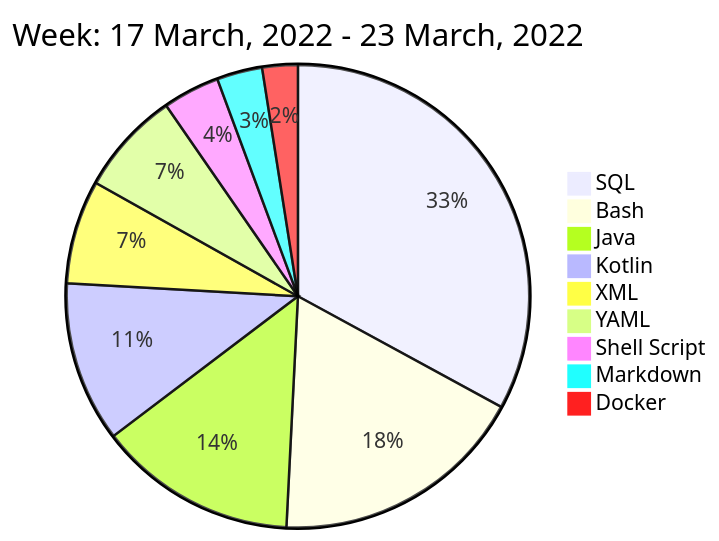
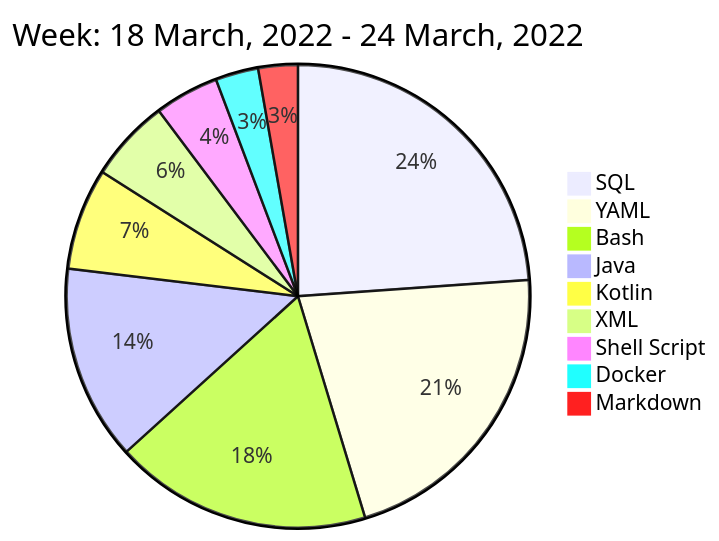
Before and after one commit to liubin95/liubin95: the diagram in README.md, drawn with Mermaid.

Commit message:
Updated the Graph with new Metrics

````diff
--- a/README.md
+++ b/README.md
@@ -40,13 +40,13 @@
 ```mermaid
  pie
-title Week: 17 March, 2022 - 23 March, 2022
- "SQL" : 3.32
- "Bash" : 1.8
- "Java" : 1.4
- "Kotlin" : 1.13
+title Week: 18 March, 2022 - 24 March, 2022
+ "SQL" : 3.03
+ "YAML" : 2.72
+ "Bash" : 2.28
+ "Java" : 1.73
+ "Kotlin" : 0.9
  "XML" : 0.73
- "YAML" : 0.73
- "Shell Script" : 0.4
- "Markdown" : 0.32
- "Docker" : 0.25
+ "Shell Script" : 0.57
+ "Docker" : 0.38
+ "Markdown" : 0.35
 ```
````
